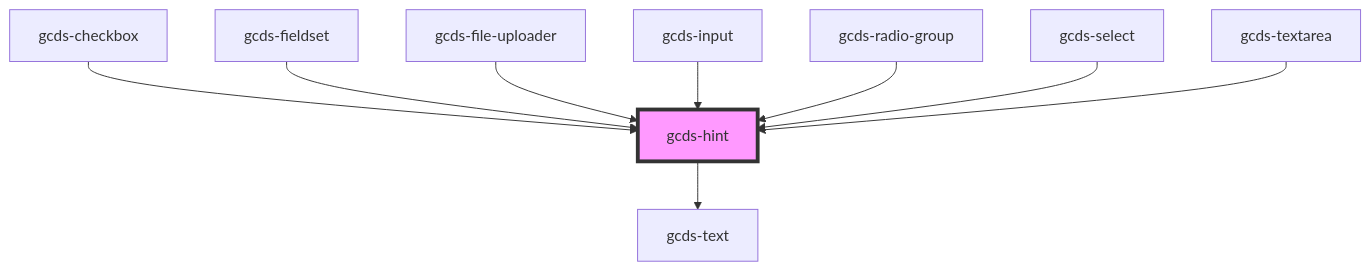
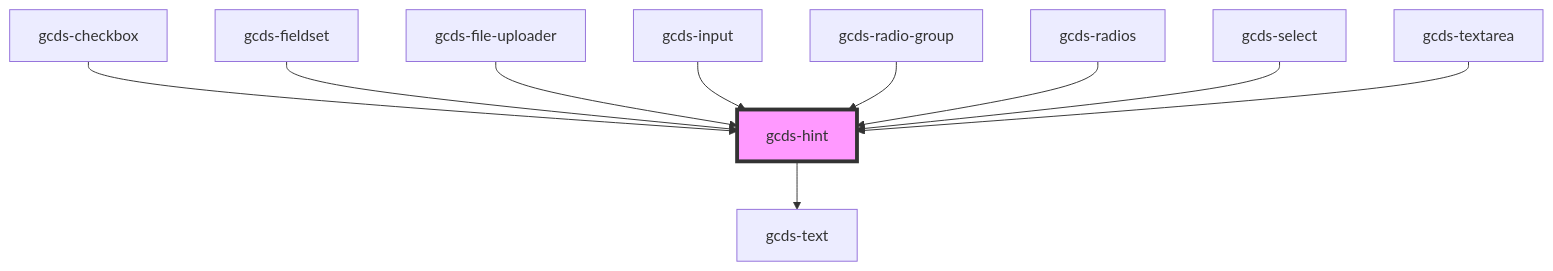
The diagram in packages/web/src/components/gcds-hint/readme.md (cds-snc/gcds-components), drawn with Mermaid before and after one commit. The commit also changed other lines of this file and 10 other files, not shown here.

Commit message:
Add gcds-radios to storybook

````diff
--- a/packages/web/src/components/gcds-hint/readme.md
+++ b/packages/web/src/components/gcds-hint/readme.md
@@ -39,12 +40,13 @@
 ```mermaid
 graph TD;
   gcds-hint --> gcds-text
   gcds-checkbox --> gcds-hint
   gcds-fieldset --> gcds-hint
   gcds-file-uploader --> gcds-hint
   gcds-input --> gcds-hint
   gcds-radio-group --> gcds-hint
+  gcds-radios --> gcds-hint
   gcds-select --> gcds-hint
   gcds-textarea --> gcds-hint
   style gcds-hint fill:#f9f,stroke:#333,stroke-width:4px
 ```
````
